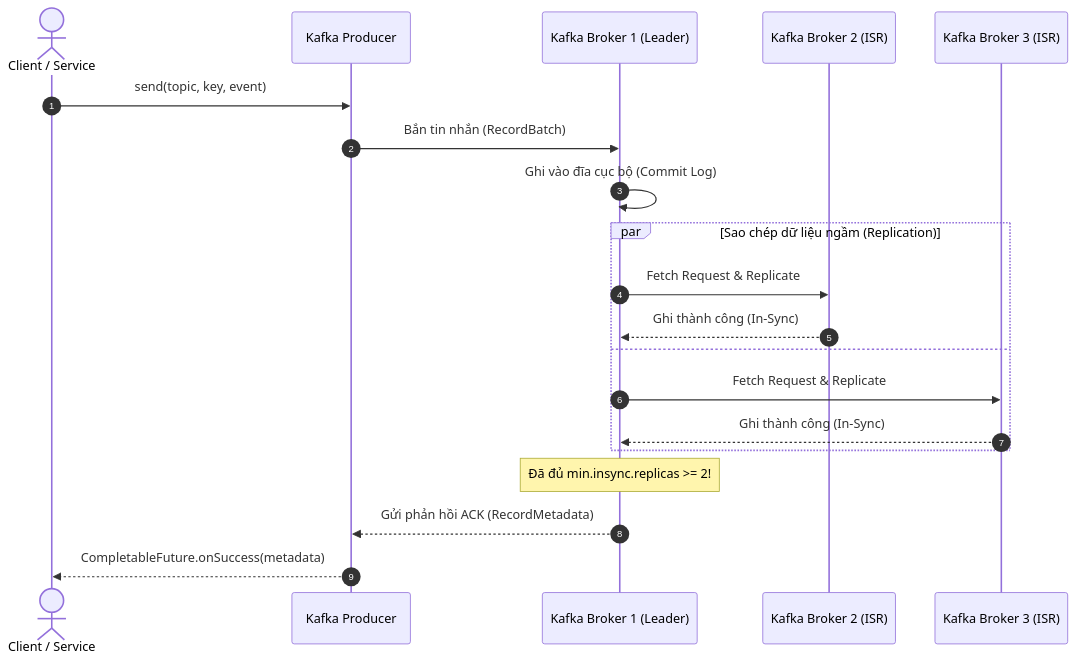
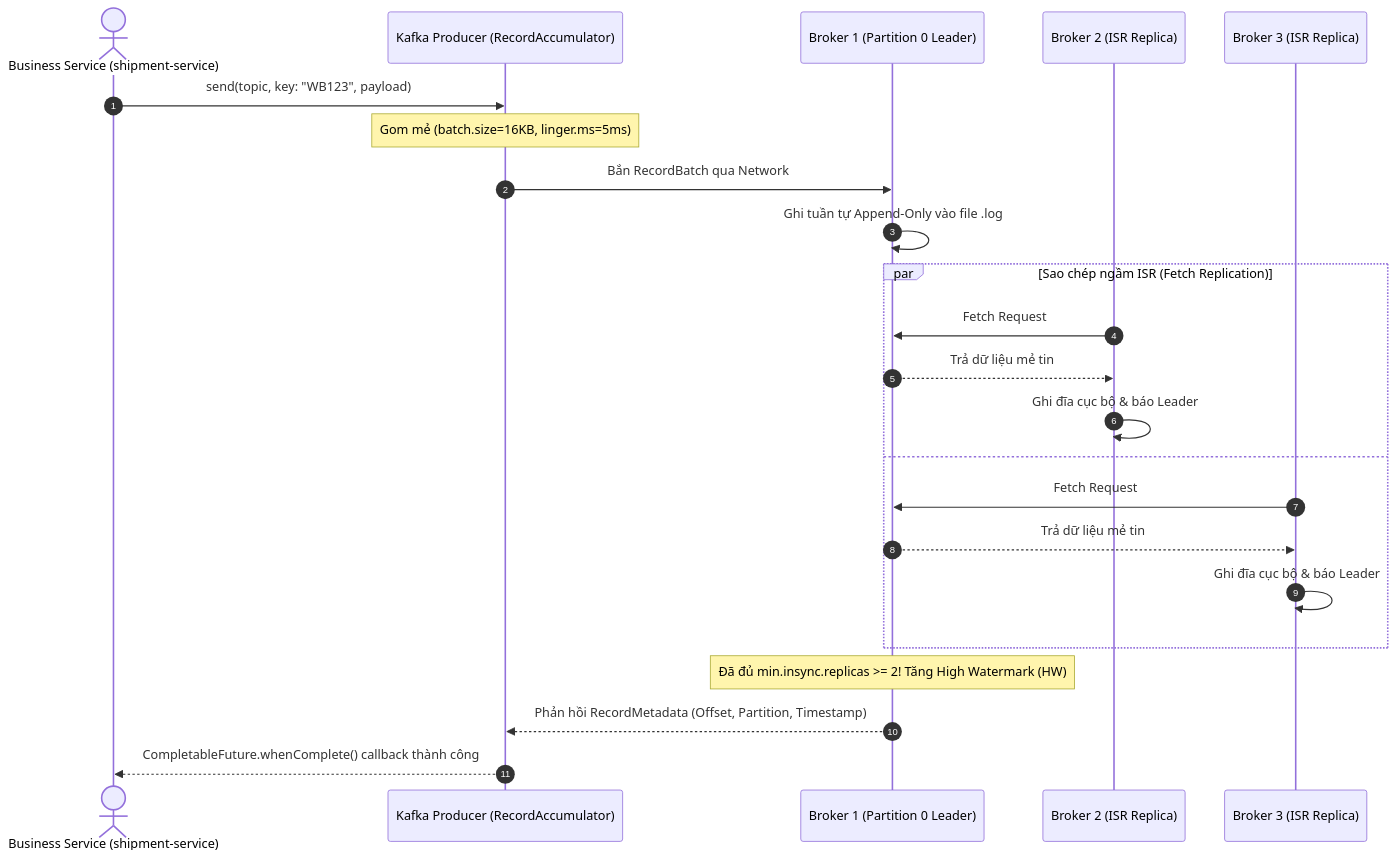
One commit to Khanhnv26/Mini-Waybill-Platform---VNPT-Cloud changed the first of 2 diagrams in docs/03-kafka-kraft-cluster-and-event-streaming.md. Above: the diagram before and after it, drawn with Mermaid. The commit also changed other lines of this file and 8 other files, not shown here.

````diff
--- a/docs/03-kafka-kraft-cluster-and-event-streaming.md
+++ b/docs/03-kafka-kraft-cluster-and-event-streaming.md
@@ -38,25 +239,28 @@
 ```mermaid
 sequenceDiagram
     autonumber
-    actor Client as Client / Service
-    participant Producer as Kafka Producer
-    participant Leader as Kafka Broker 1 (Leader)
-    participant Follower2 as Kafka Broker 2 (ISR)
-    participant Follower3 as Kafka Broker 3 (ISR)
+    actor Client as Business Service (shipment-service)
+    participant Producer as Kafka Producer (RecordAccumulator)
+    participant Leader as Broker 1 (Partition 0 Leader)
+    participant Follower2 as Broker 2 (ISR Replica)
+    participant Follower3 as Broker 3 (ISR Replica)
 
-    Client->>Producer: send(topic, key, event)
-    Producer->>Leader: Bắn tin nhắn (RecordBatch)
-    Leader->>Leader: Ghi vào đĩa cục bộ (Commit Log)
-    
-    par Sao chép dữ liệu ngầm (Replication)
-        Leader->>Follower2: Fetch Request & Replicate
-        Follower2-->>Leader: Ghi thành công (In-Sync)
+    Client->>Producer: send(topic, key: "WB123", payload)
+    Note over Producer: Gom mẻ (batch.size=16KB, linger.ms=5ms)
+    Producer->>Leader: Bắn RecordBatch qua Network
+    Leader->>Leader: Ghi tuần tự Append-Only vào file .log
+
+    par Sao chép ngầm ISR (Fetch Replication)
+        Follower2->>Leader: Fetch Request
+        Leader-->>Follower2: Trả dữ liệu mẻ tin
+        Follower2->>Follower2: Ghi đĩa cục bộ & báo Leader
     and
-        Leader->>Follower3: Fetch Request & Replicate
-        Follower3-->>Leader: Ghi thành công (In-Sync)
+        Follower3->>Leader: Fetch Request
+        Leader-->>Follower3: Trả dữ liệu mẻ tin
+        Follower3->>Follower3: Ghi đĩa cục bộ & báo Leader
     end
 
-    Note over Leader: Đã đủ min.insync.replicas >= 2!
-    Leader-->>Producer: Gửi phản hồi ACK (RecordMetadata)
-    Producer-->>Client: CompletableFuture.onSuccess(metadata)
+    Note over Leader: Đã đủ min.insync.replicas >= 2! Tăng High Watermark (HW)
+    Leader-->>Producer: Phản hồi RecordMetadata (Offset, Partition, Timestamp)
+    Producer-->>Client: CompletableFuture.whenComplete() callback thành công
 ```
````
